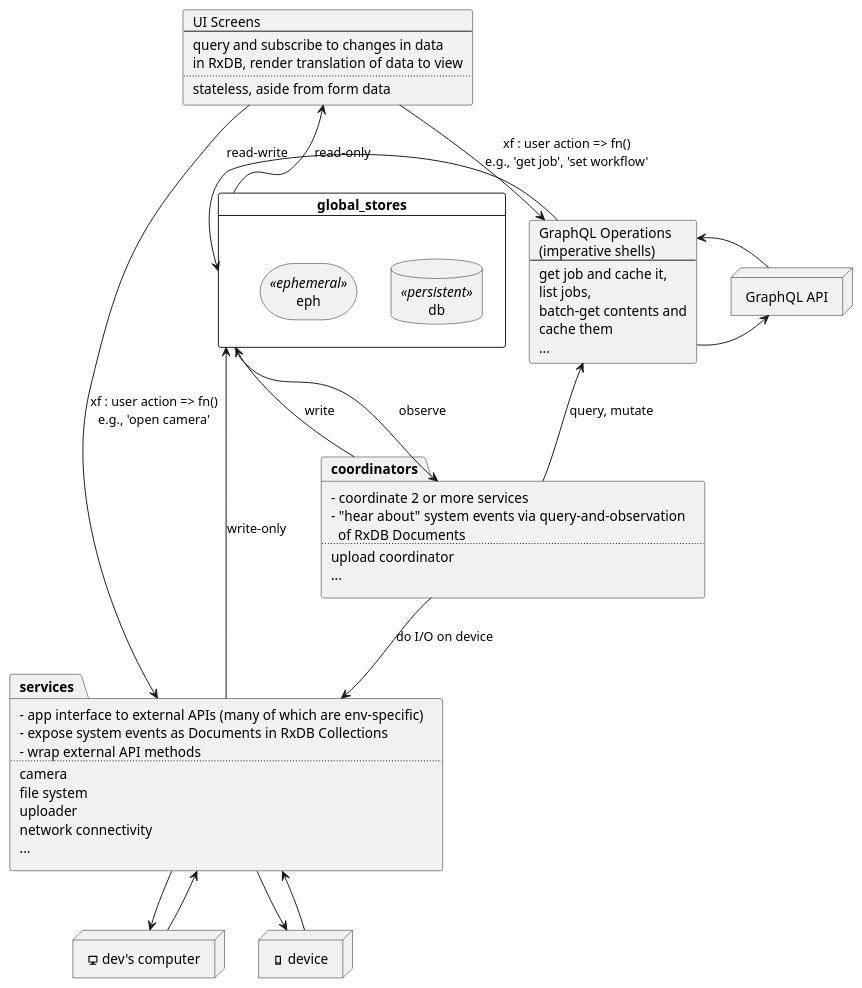
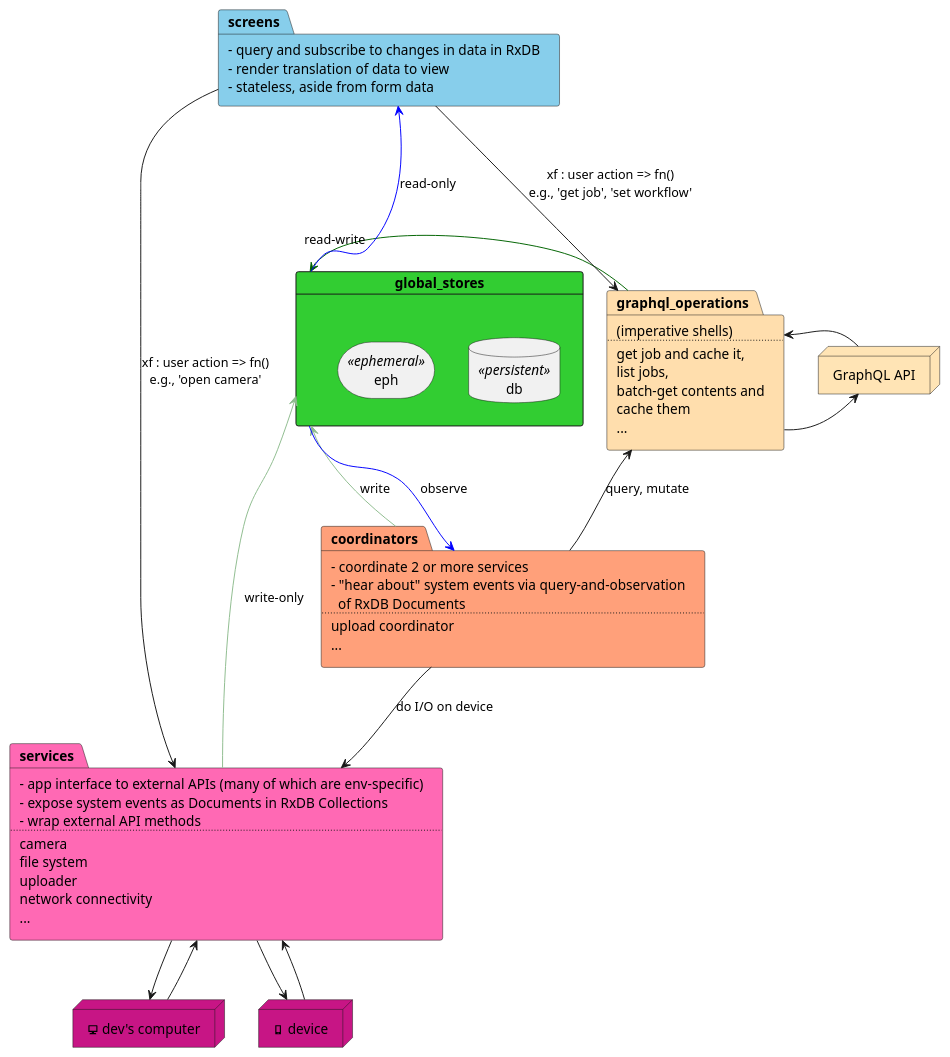
The diagram in docs/architecture-overview.iuml (calebgregory/rxdb-architecture), drawn with PlantUML before and after one commit. The commit also changed 1 other file, not shown here.

Commit message:
Updates diagram

```diff
--- a/docs/architecture-overview.iuml
+++ b/docs/architecture-overview.iuml
@@ -1,73 +1,68 @@
 @startuml architecture-overview
 
-card global_stores {
+card global_stores #limegreen {
   database db <<persistent>>
   storage eph <<ephemeral>>
 }
 
-card graphql_operations [
-  GraphQL Operations
+package graphql_operations #navajowhite [
   (imperative shells)
-  ---
+  ....
   get job and cache it,
   list jobs,
   batch-get contents and
   cache them
   ...
 ]
 
-card screens [
-  UI Screens
-  ---
-  query and subscribe to changes in data
-  in RxDB, render translation of data to view
-  ....
-  stateless, aside from form data
+package screens #skyblue [
+  - query and subscribe to changes in data in RxDB
+  - render translation of data to view
+  - stateless, aside from form data
 ]
 
-package services [
+package services #hotpink [
   - app interface to external APIs (many of which are env-specific)
   - expose system events as Documents in RxDB Collections
   - wrap external API methods
   ....
   camera
   file system
   uploader
   network connectivity
   ...
 ]
 
-package coordinators [
+package coordinators #lightsalmon [
   - coordinate 2 or more services
   - "hear about" system events via query-and-observation
     of RxDB Documents
   ....
   upload coordinator
   ...
 ]
 
-node "<&monitor> dev's computer" as computer
-node "<&phone> device" as device
-node "GraphQL API" as gql
+node "<&monitor> dev's computer" as computer #mediumvioletred
+node "<&phone> device" as device #mediumvioletred
+node "GraphQL API" as gql #moccasin
 
-graphql_operations -left-> global_stores : "read-write"
+graphql_operations -left-> global_stores #darkgreen : "read-write"
 graphql_operations -right-> gql
 graphql_operations <-right- gql
 
-screens <-- global_stores : "read-only"
+screens <--- global_stores #blue : "read-only"
 screens -> graphql_operations : "xf : user action => fn()\ne.g., 'get job', 'set workflow'"
 screens --> services : "xf : user action => fn()\ne.g., 'open camera'"
 
-services ---> global_stores : "write-only"
+services ---> global_stores #darkseagreen : "write-only"
 computer <-up- services
 computer -up-> services
 device <-up- services
 device -up-> services
 
 coordinators -down-> services : "do I/O on device"
-global_stores <-down- coordinators : "write"
-global_stores -down-> coordinators : "observe"
+global_stores <-down- coordinators #darkseagreen : "write"
+global_stores -down-> coordinators #blue : "observe"
 graphql_operations <-down- coordinators : "query, mutate"
 
-
 @enduml
```
